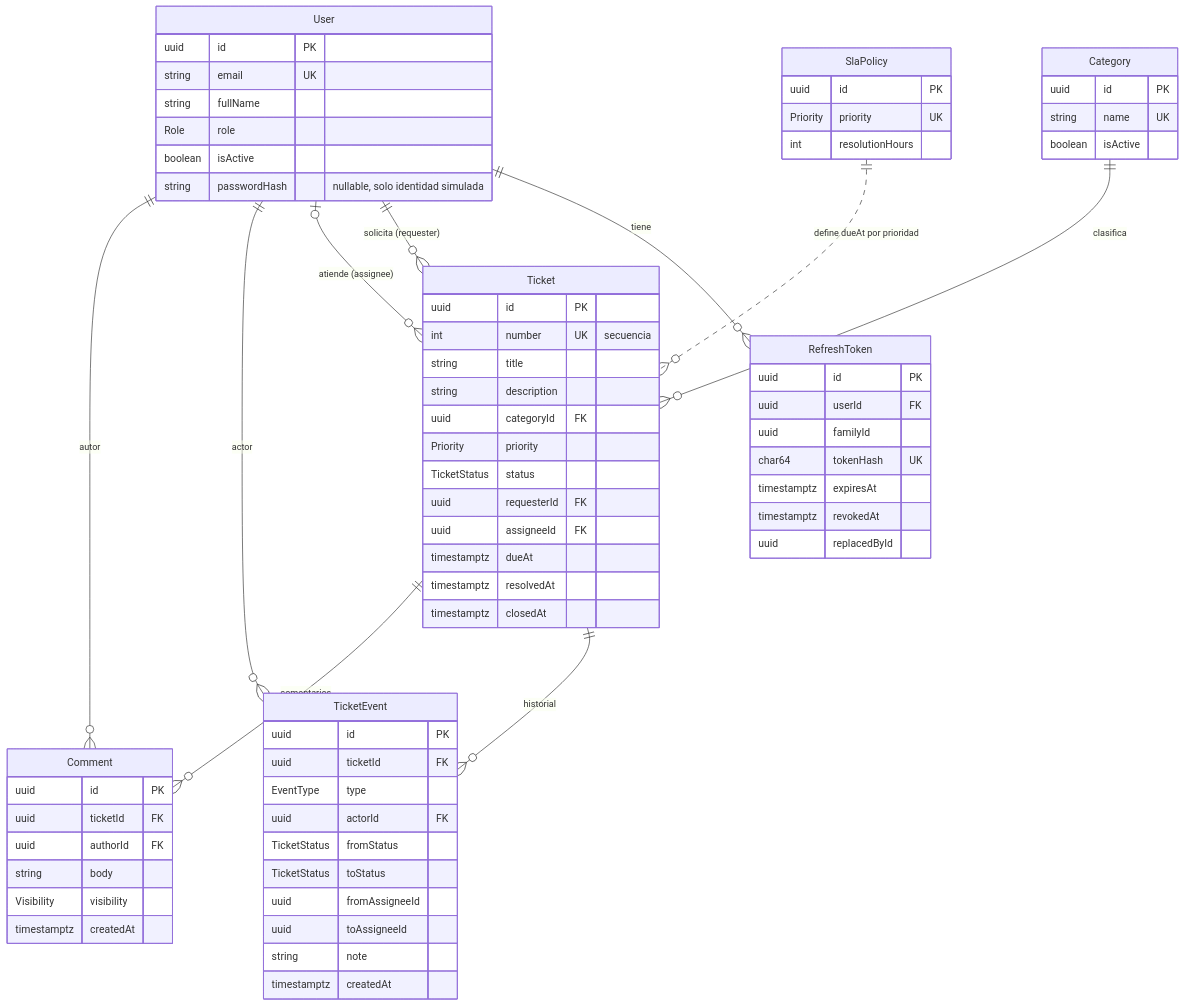
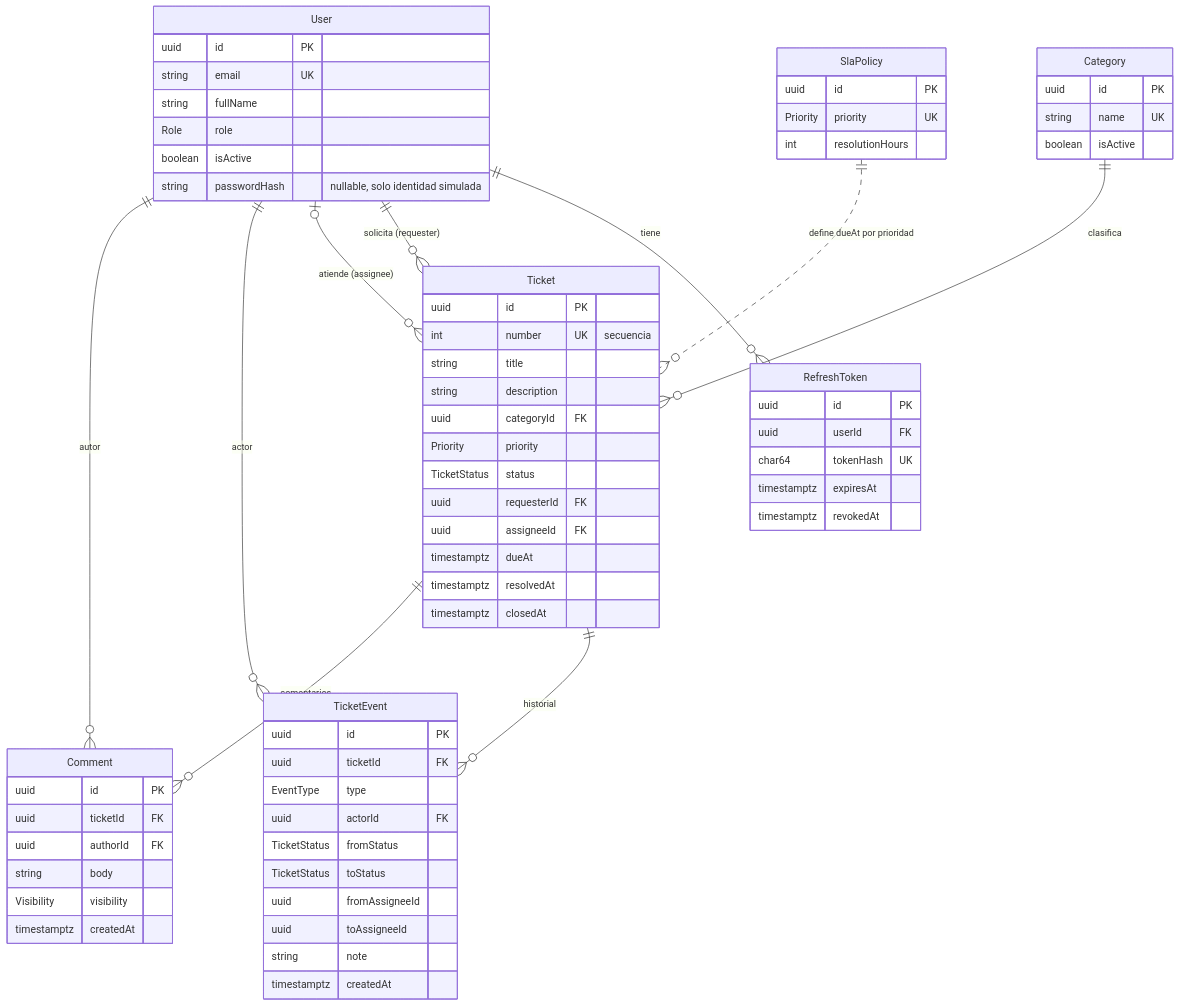
One commit to BenjajaDev/SIGA-TI changed the first of 2 diagrams in docs/data-model.md. Above: the diagram before and after it, drawn with Mermaid. The commit also changed other lines of this file and 9 other files, not shown here.

````diff
--- a/docs/data-model.md
+++ b/docs/data-model.md
@@ -7,74 +7,72 @@
 ```mermaid
 erDiagram
     User ||--o{ RefreshToken : "tiene"
     User ||--o{ Ticket : "solicita (requester)"
     User |o--o{ Ticket : "atiende (assignee)"
     Category ||--o{ Ticket : "clasifica"
     Ticket ||--o{ TicketEvent : "historial"
     Ticket ||--o{ Comment : "comentarios"
     User ||--o{ TicketEvent : "actor"
     User ||--o{ Comment : "autor"
     SlaPolicy ||..o{ Ticket : "define dueAt por prioridad"
 
     User {
         uuid id PK
         string email UK
         string fullName
         Role role
         boolean isActive
         string passwordHash "nullable, solo identidad simulada"
     }
     RefreshToken {
         uuid id PK
         uuid userId FK
-        uuid familyId
         char64 tokenHash UK
         timestamptz expiresAt
         timestamptz revokedAt
-        uuid replacedById
     }
     Category {
         uuid id PK
         string name UK
         boolean isActive
     }
     SlaPolicy {
         uuid id PK
         Priority priority UK
         int resolutionHours
     }
     Ticket {
         uuid id PK
         int number UK "secuencia"
         string title
         string description
         uuid categoryId FK
         Priority priority
         TicketStatus status
         uuid requesterId FK
         uuid assigneeId FK
         timestamptz dueAt
         timestamptz resolvedAt
         timestamptz closedAt
     }
     TicketEvent {
         uuid id PK
         uuid ticketId FK
         EventType type
         uuid actorId FK
         TicketStatus fromStatus
         TicketStatus toStatus
         uuid fromAssigneeId
         uuid toAssigneeId
         string note
         timestamptz createdAt
     }
     Comment {
         uuid id PK
         uuid ticketId FK
         uuid authorId FK
         string body
         Visibility visibility
         timestamptz createdAt
     }
 ```
````
